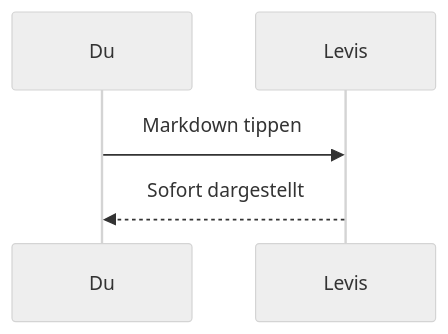
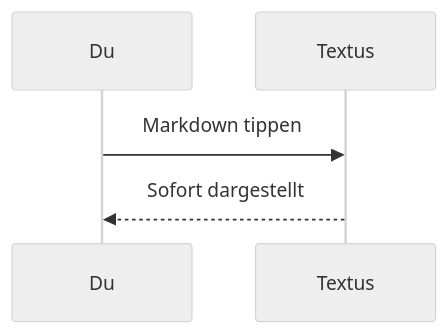
The third of 3 diagrams in src/help/markdown-guide.de.md (CatVinci-Studio/Levis), drawn with Mermaid (neutral theme) before and after one commit. The commit also changed other lines of this file and 219 other files, not shown here.

````diff
--- a/src/help/markdown-guide.de.md
+++ b/src/help/markdown-guide.de.md
@@ -113,7 +113,7 @@
 ```mermaid
 sequenceDiagram
     participant Du
-    participant Levis
-    Du->>Levis: Markdown tippen
-    Levis-->>Du: Sofort dargestellt
+    participant Textus
+    Du->>Textus: Markdown tippen
+    Textus-->>Du: Sofort dargestellt
 ```
````
